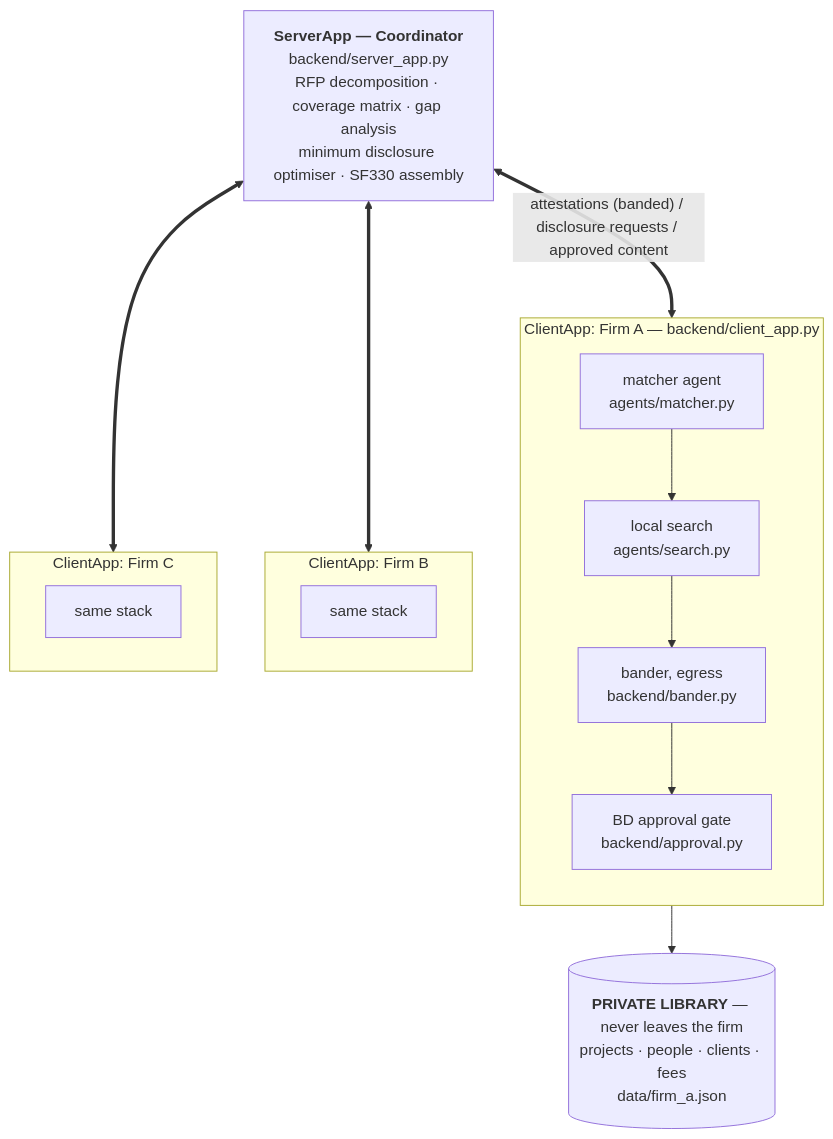
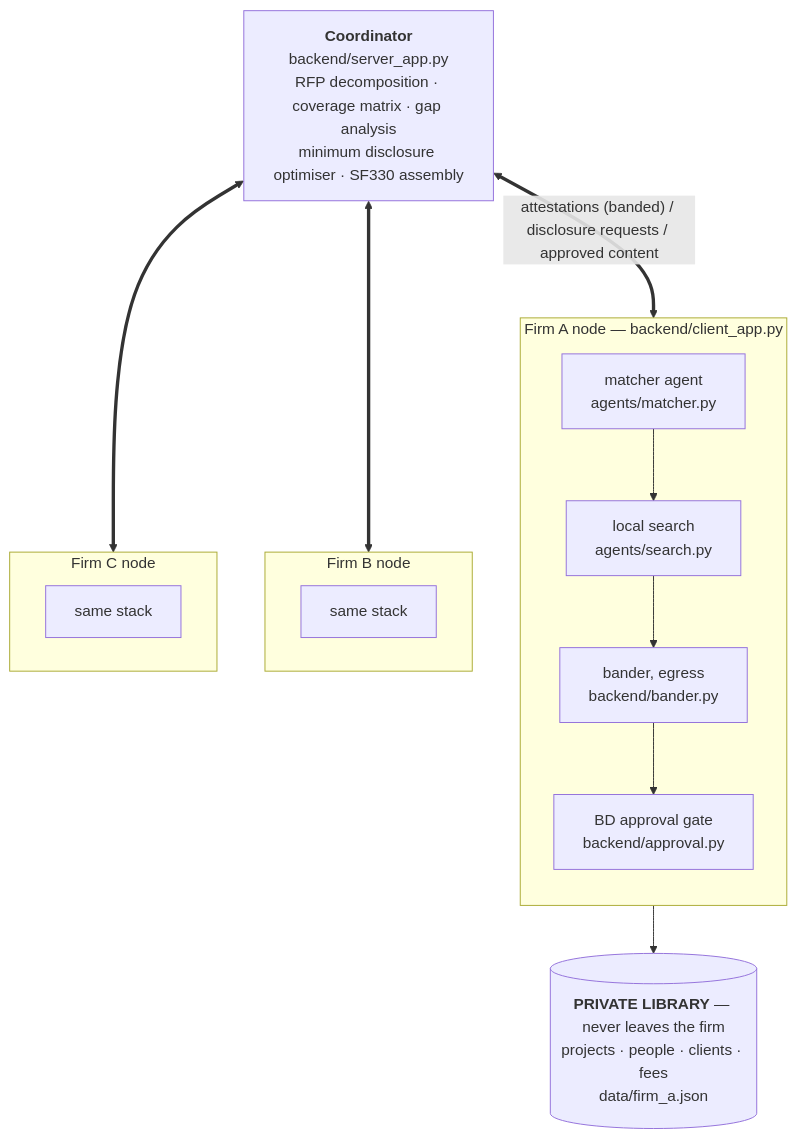
Before and after one commit to isenilov/flower-ai-hackathon: the diagram in docs/consortium-brief.md, drawn with Mermaid. The commit also changed other lines of this file and 5 other files, not shown here.

````diff
--- a/docs/consortium-brief.md
+++ b/docs/consortium-brief.md
@@ -98,28 +170,28 @@
 ```mermaid
 flowchart TB
-    coord["<b>ServerApp — Coordinator</b><br/>backend/server_app.py<br/>RFP decomposition · coverage matrix · gap analysis<br/>minimum disclosure optimiser · SF330 assembly"]
+    coord["<b>Coordinator</b><br/>backend/server_app.py<br/>RFP decomposition · coverage matrix · gap analysis<br/>minimum disclosure optimiser · SF330 assembly"]
 
-    subgraph firm_a["ClientApp: Firm A — backend/client_app.py"]
+    subgraph firm_a["Firm A node — backend/client_app.py"]
         direction TB
         match_a["matcher agent<br/>agents/matcher.py"]
         search_a["local search<br/>agents/search.py"]
         band_a["bander, egress<br/>backend/bander.py"]
         gate_a["BD approval gate<br/>backend/approval.py"]
         match_a --> search_a --> band_a --> gate_a
     end
 
-    subgraph firm_b["ClientApp: Firm B"]
+    subgraph firm_b["Firm B node"]
         same_b["same stack"]
     end
 
-    subgraph firm_c["ClientApp: Firm C"]
+    subgraph firm_c["Firm C node"]
         same_c["same stack"]
     end
 
     lib_a[("<b>PRIVATE LIBRARY</b> — never leaves the firm<br/>projects · people · clients · fees<br/>data/firm_a.json")]
 
     coord <== "attestations (banded) / disclosure requests / approved content" ==> firm_a
     coord <==> firm_b
     coord <==> firm_c
     search_a --> lib_a
 ```
````
